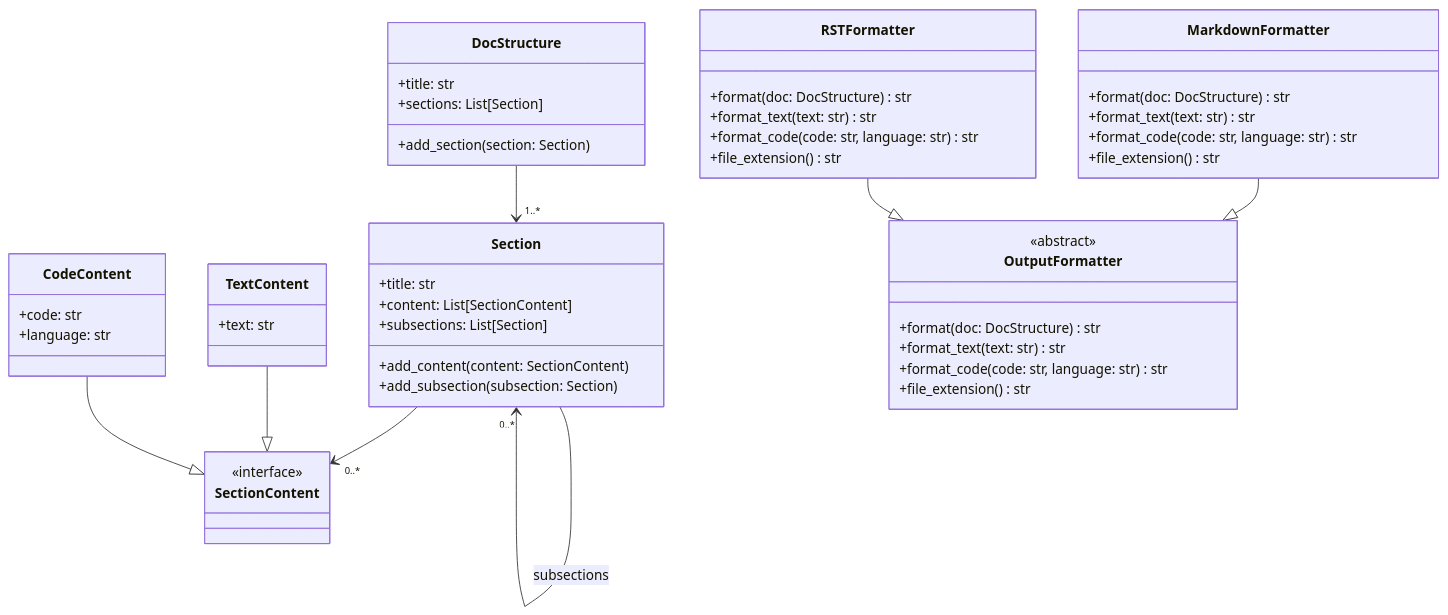
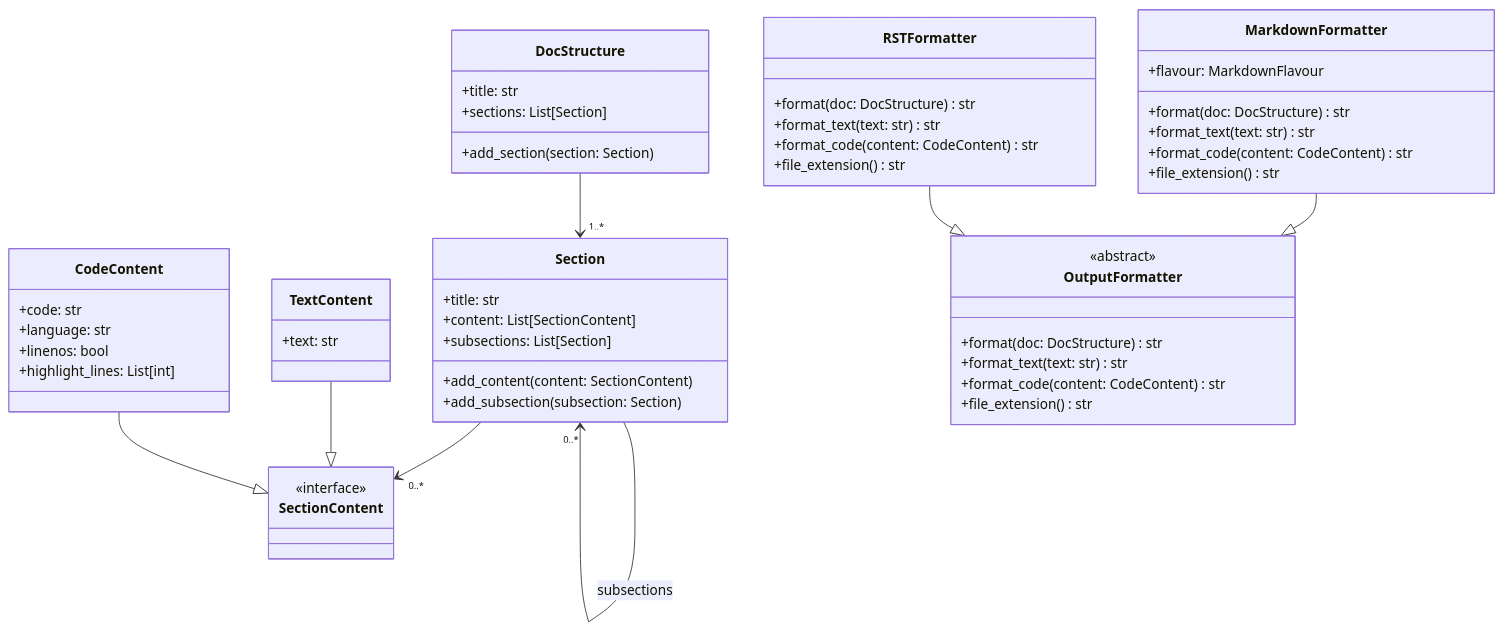
Before and after one commit to cuinixam/clanguru: the second of 2 diagrams in docs/internals/design.md, drawn with Mermaid. The commit also changed 16 other files, not shown here.

````diff
--- a/docs/internals/design.md
+++ b/docs/internals/design.md
@@ -93,52 +93,55 @@
 ```{mermaid}
 classDiagram
     class DocStructure {
         +title: str
         +sections: List[Section]
         +add_section(section: Section)
     }
     class Section {
         +title: str
         +content: List[SectionContent]
         +subsections: List[Section]
         +add_content(content: SectionContent)
         +add_subsection(subsection: Section)
     }
     class SectionContent {
         <<interface>>
     }
     class TextContent {
         +text: str
     }
     class CodeContent {
         +code: str
         +language: str
+        +linenos: bool
+        +highlight_lines: List[int]
     }
     class OutputFormatter {
         <<abstract>>
         +format(doc: DocStructure) str
         +format_text(text: str) str
-        +format_code(code: str, language: str) str
+        +format_code(content: CodeContent) str
         +file_extension() str
     }
     class MarkdownFormatter {
+        +flavour: MarkdownFlavour
         +format(doc: DocStructure) str
         +format_text(text: str) str
-        +format_code(code: str, language: str) str
+        +format_code(content: CodeContent) str
         +file_extension() str
     }
     class RSTFormatter {
         +format(doc: DocStructure) str
         +format_text(text: str) str
-        +format_code(code: str, language: str) str
+        +format_code(content: CodeContent) str
         +file_extension() str
     }
 
     DocStructure --> "1..*" Section
     Section --> "0..*" SectionContent
     Section --> "0..*" Section : subsections
     TextContent --|> SectionContent
     CodeContent --|> SectionContent
     MarkdownFormatter --|> OutputFormatter
     RSTFormatter --|> OutputFormatter
 ```
````
